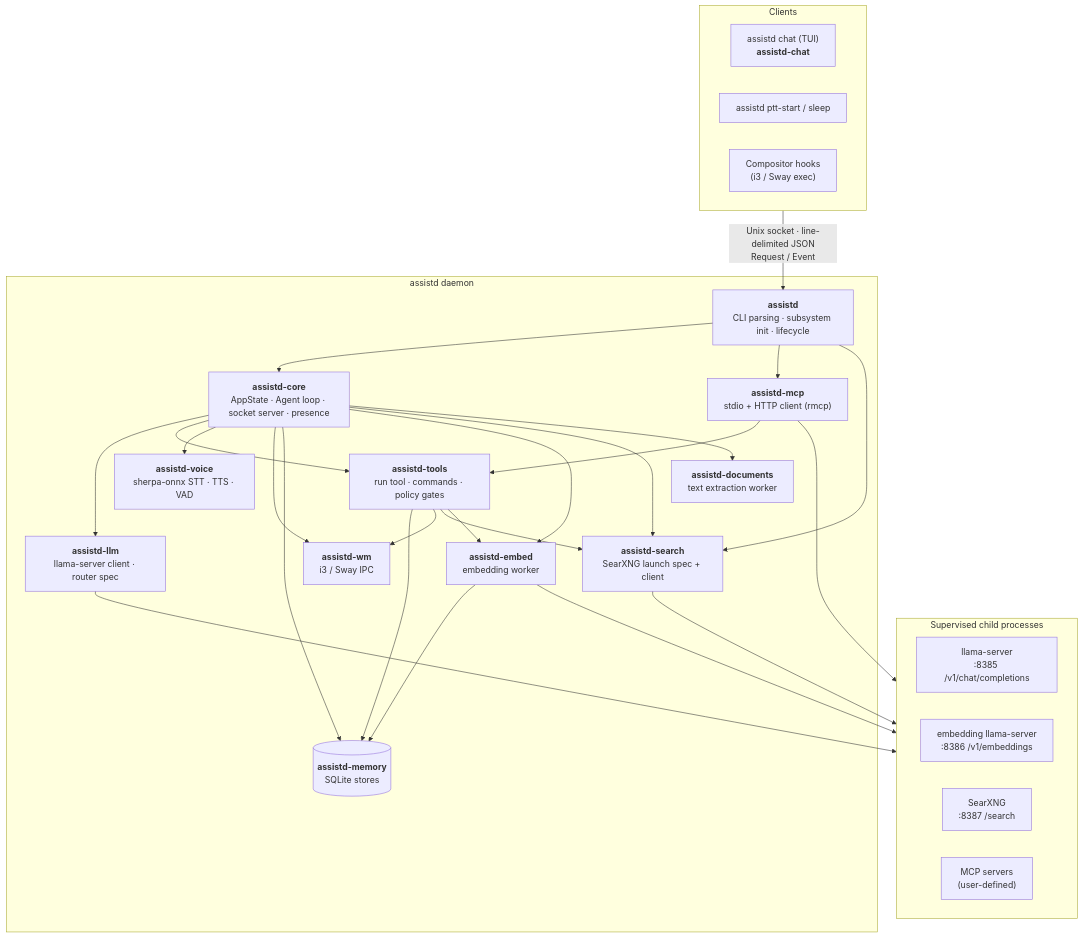
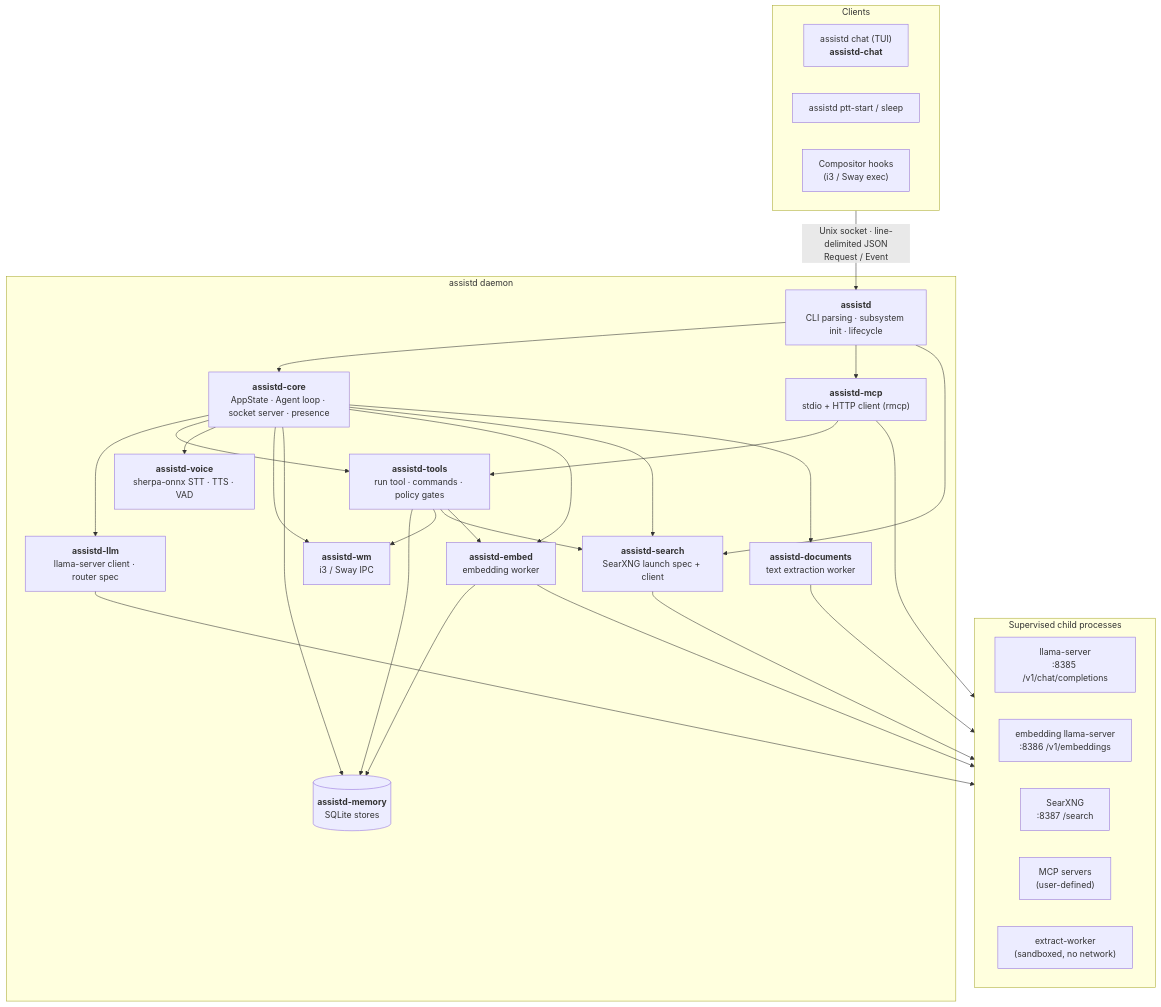
One commit to gnolruf/assistd changed the diagram in docs/architecture.md. Above: the diagram before and after it, drawn with Mermaid. The commit also changed other lines of this file and 4 other files, not shown here.

First line of the commit message:
Document document search: user guide, index data flow and chunk ceiling (#939) (#957)

````diff
--- a/docs/architecture.md
+++ b/docs/architecture.md
@@ -10,45 +10,47 @@
 ```mermaid
 flowchart TB
     subgraph clients["Clients"]
         direction LR
         chat["assistd chat (TUI)<br/><b>assistd-chat</b>"]
         ptt["assistd ptt-start / sleep"]
         hooks["Compositor hooks<br/>(i3 / Sway exec)"]
     end
 
     subgraph daemon["assistd daemon"]
         bin["<b>assistd</b><br/>CLI parsing · subsystem init · lifecycle"]
         core["<b>assistd-core</b><br/>AppState · Agent loop · socket server · presence"]
         llm["<b>assistd-llm</b><br/>llama-server client · router spec"]
         tools["<b>assistd-tools</b><br/>run tool · commands · policy gates"]
         voice["<b>assistd-voice</b><br/>sherpa-onnx STT · TTS · VAD"]
         wm["<b>assistd-wm</b><br/>i3 / Sway IPC"]
         mcp["<b>assistd-mcp</b><br/>stdio + HTTP client (rmcp)"]
         memory[("<b>assistd-memory</b><br/>SQLite stores")]
         embed["<b>assistd-embed</b><br/>embedding worker"]
         documents["<b>assistd-documents</b><br/>text extraction worker"]
         search["<b>assistd-search</b><br/>SearXNG launch spec + client"]
     end
 
     subgraph external["Supervised child processes"]
         direction LR
         llama["llama-server<br/>:8385 /v1/chat/completions"]
         embedsrv["embedding llama-server<br/>:8386 /v1/embeddings"]
         searxng["SearXNG<br/>:8387 /search"]
         mcpsrv["MCP servers<br/>(user-defined)"]
+        extract["extract-worker<br/>(sandboxed, no network)"]
     end
 
     clients -- "Unix socket · line-delimited JSON<br/>Request / Event" --> bin
     bin --> core
     bin --> mcp & search
     core --> llm & tools & voice & wm & memory & embed & search & documents
     tools --> memory & wm & search
     mcp --> tools
     embed --> memory
     tools --> embed
 
     llm --> llama
     embed --> embedsrv
     search --> searxng
     mcp --> mcpsrv
+    documents --> extract
 ```
````
